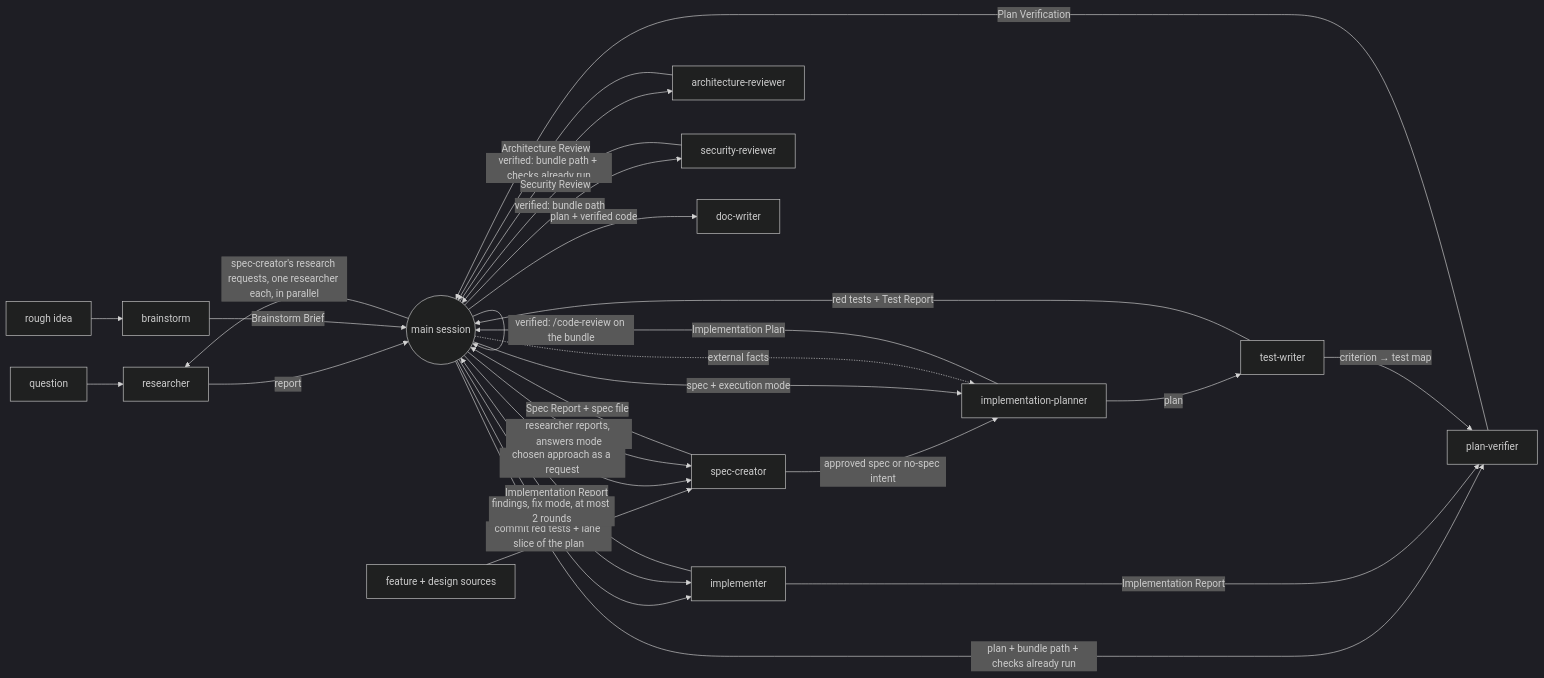
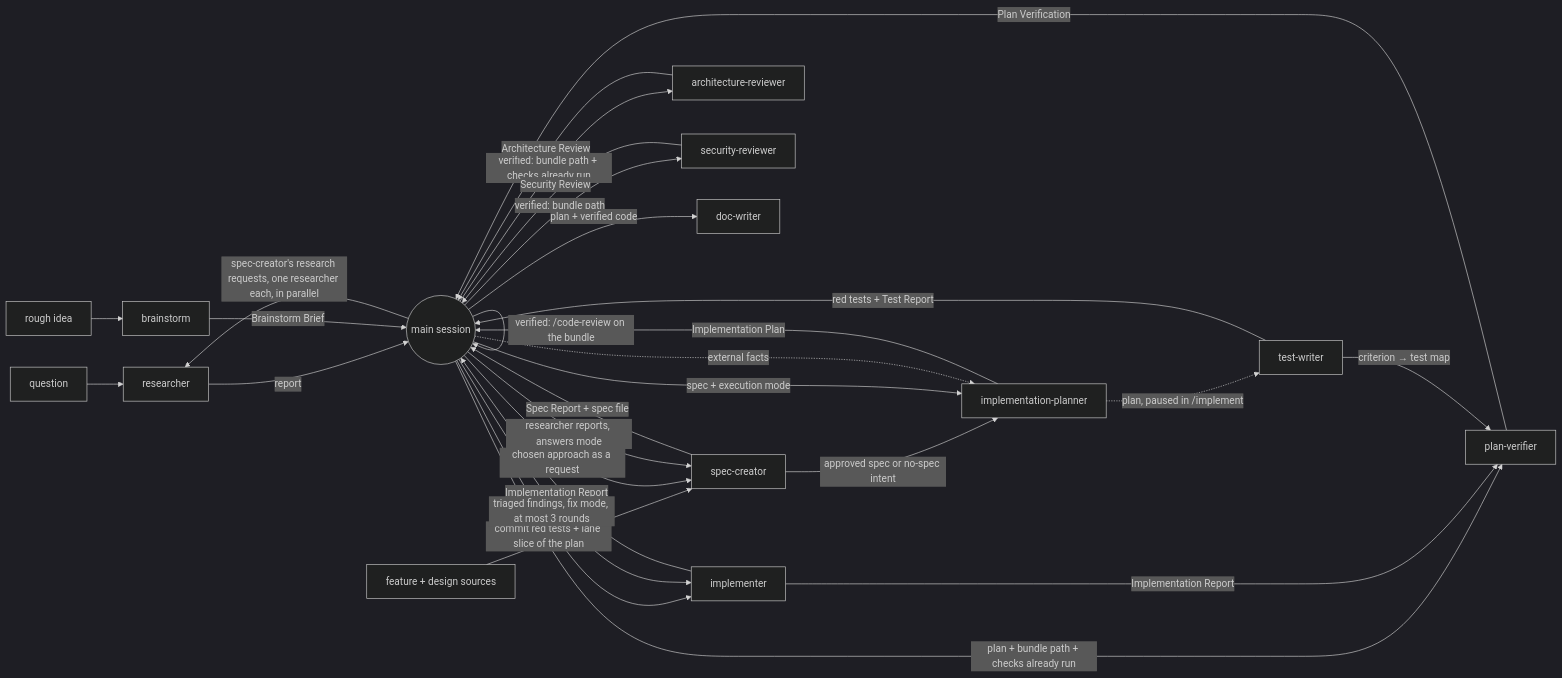
One commit to HlibHav/dev-digest changed the diagram in .claude/agents/README.md. Above: the diagram before and after it, drawn with Mermaid (dark theme). The commit also changed other lines of this file and 8 other files, not shown here.

````diff
--- a/.claude/agents/README.md
+++ b/.claude/agents/README.md
@@ -35,29 +35,29 @@
 ```mermaid
 flowchart LR
   Q[question] --> R[researcher] -- report --> S((main session))
   IDEA[rough idea] --> B[brainstorm] -- Brainstorm Brief --> S
   FEAT[feature + design sources] --> SC[spec-creator] -- Spec Report + spec file --> S
   S -- chosen approach as a request --> SC
   S -- spec-creator's research requests, one researcher each, in parallel --> R
   S -- researcher reports, answers mode --> SC
   SC -- approved spec or no-spec intent --> P[implementation-planner]
   S -- spec + execution mode --> P
   P -- Implementation Plan --> S
   S -. external facts .-> P
-  P -- plan --> TW[test-writer]
+  P -. plan, paused in /implement .-> TW[test-writer]
   TW -- red tests + Test Report --> S
   S -- commit red tests + lane slice of the plan --> I[implementer]
   I -- Implementation Report --> S
   S -- package gate per DAG level --> S
   S -- plan + bundle path + checks already run --> PV[plan-verifier]
   I -- Implementation Report --> PV
   TW -- criterion → test map --> PV
   PV -- Plan Verification --> S
   S -- verified: bundle path + checks already run --> AR[architecture-reviewer]
   S -- verified: bundle path --> SR[security-reviewer]
   S -- verified: /code-review on the bundle --> S
   AR -- Architecture Review --> S
   SR -- Security Review --> S
-  S -- findings, fix mode, at most 2 rounds --> I
+  S -- triaged findings, fix mode, at most 3 rounds --> I
   S -- plan + verified code --> DW[doc-writer]
 ```
````
